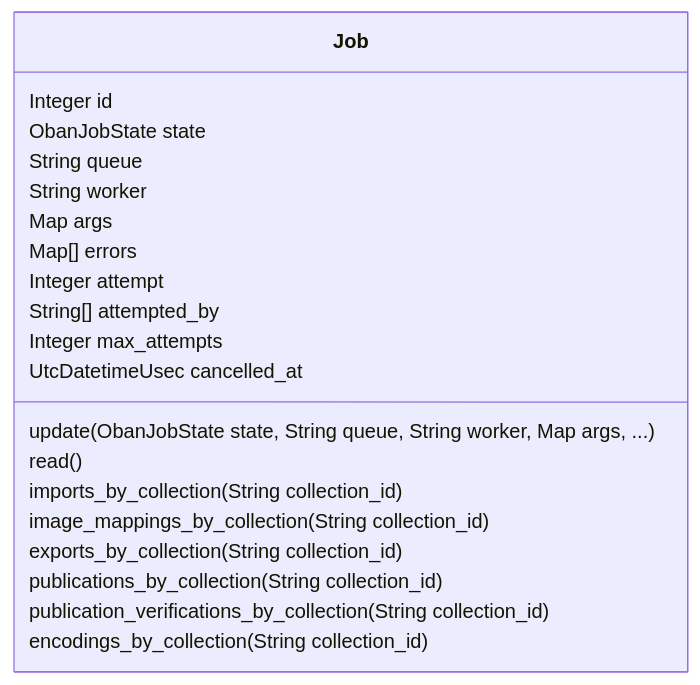
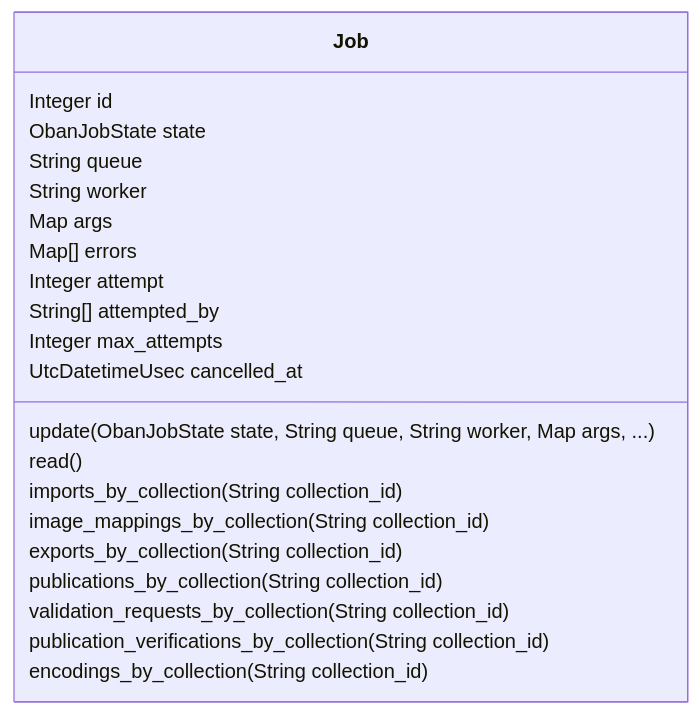
Before and after one commit to zebbra/data_aggregator: the diagram in lib/data_aggregator/jobs/jobs-mermaid-class-diagram.md, drawn with Mermaid. The commit also changed 65 other files, not shown here.

````diff
--- a/lib/data_aggregator/jobs/jobs-mermaid-class-diagram.md
+++ b/lib/data_aggregator/jobs/jobs-mermaid-class-diagram.md
@@ -1,26 +1,27 @@
 ```mermaid
 classDiagram
     class Job {
         Integer id
         ObanJobState state
         String queue
         String worker
         Map args
         Map[] errors
         Integer attempt
         String[] attempted_by
         Integer max_attempts
         UtcDatetimeUsec cancelled_at
         update(ObanJobState state, String queue, String worker, Map args, ...)
         read()
         imports_by_collection(String collection_id)
         image_mappings_by_collection(String collection_id)
         exports_by_collection(String collection_id)
         publications_by_collection(String collection_id)
+        validation_requests_by_collection(String collection_id)
         publication_verifications_by_collection(String collection_id)
         encodings_by_collection(String collection_id)
     }
 
 
 
 ```
````
